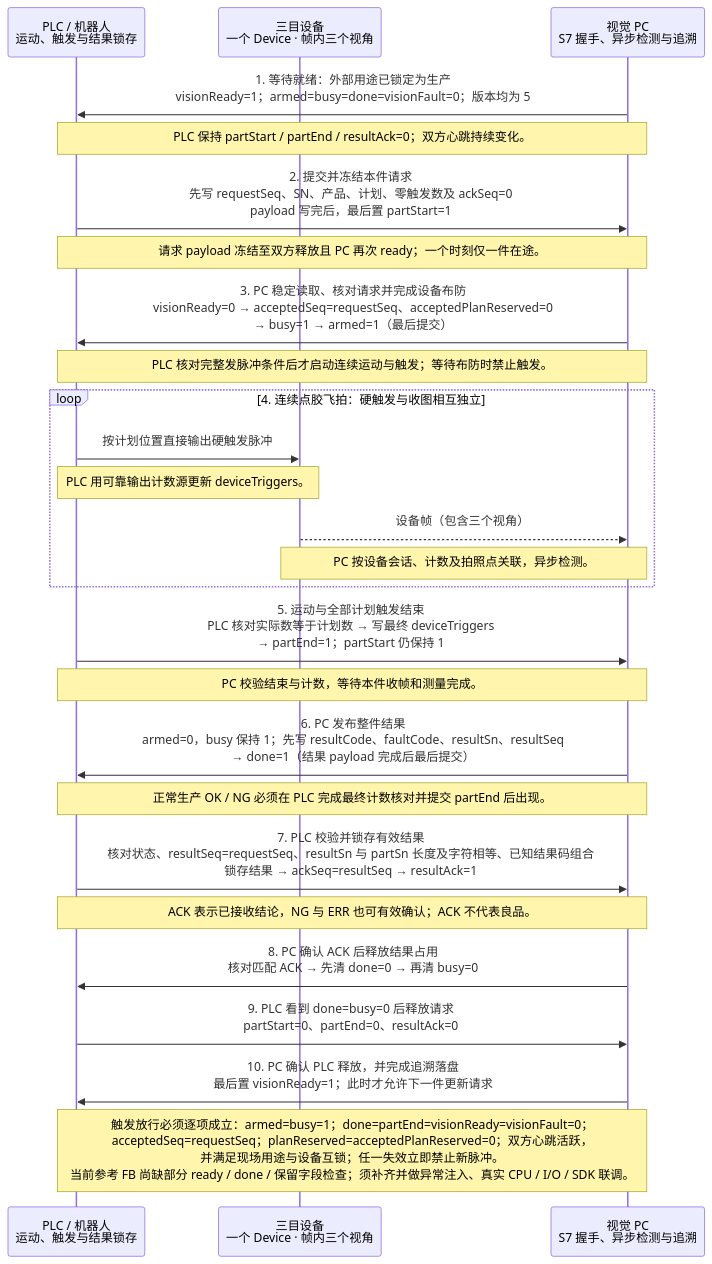
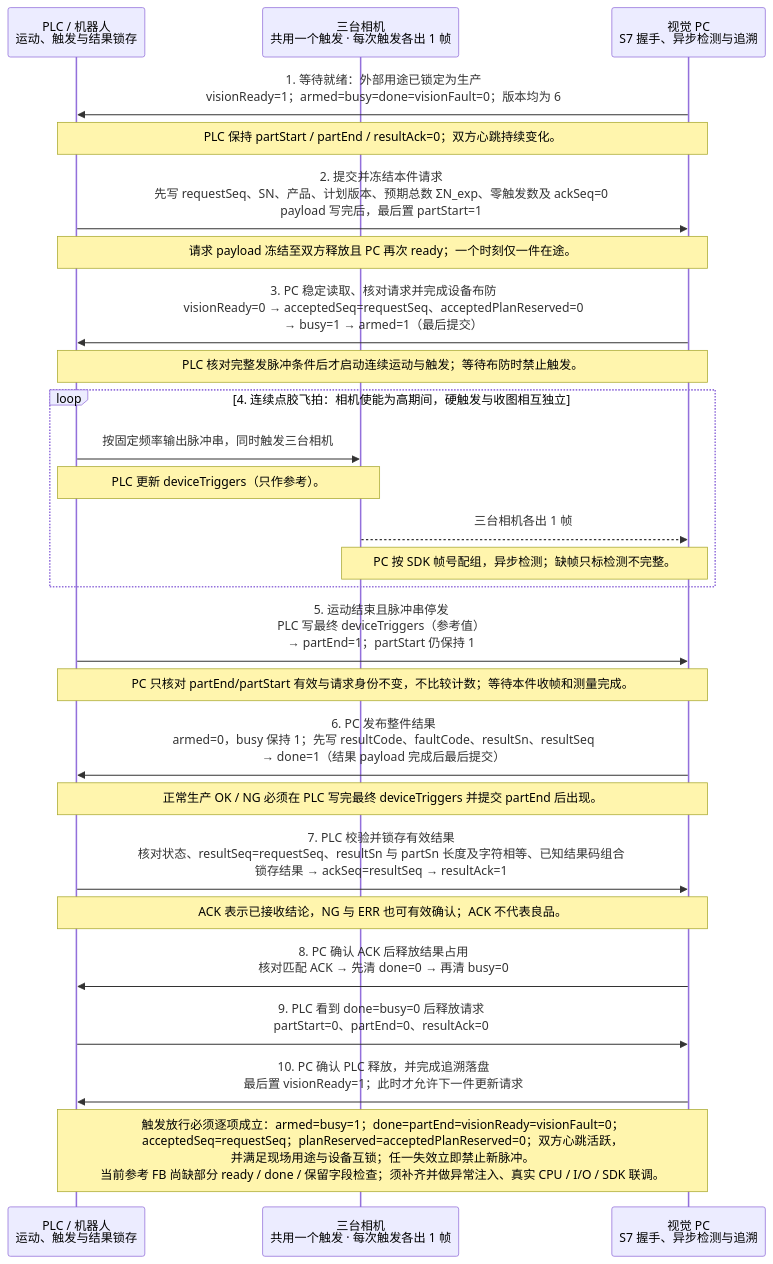
One commit to liangyuR/ly-gluesight changed the first of 3 diagrams in docs/integration/plc-communication-protocol.md. Above: the diagram before and after it, drawn with Mermaid. The commit also changed other lines of this file and 9 other files, not shown here.

````diff
--- a/docs/integration/plc-communication-protocol.md
+++ b/docs/integration/plc-communication-protocol.md
@@ -260,29 +283,29 @@
 ```mermaid
 sequenceDiagram
     participant PLC as PLC / 机器人<br/>运动、触发与结果锁存
-    participant DEV as 三目设备<br/>一个 Device · 帧内三个视角
+    participant DEV as 三台相机<br/>共用一个触发 · 每次触发各出 1 帧
     participant PC as 视觉 PC<br/>S7 握手、异步检测与追溯
 
-    PC->>PLC: 1. 等待就绪：外部用途已锁定为生产<br/>visionReady=1；armed=busy=done=visionFault=0；版本均为 5
+    PC->>PLC: 1. 等待就绪：外部用途已锁定为生产<br/>visionReady=1；armed=busy=done=visionFault=0；版本均为 6
     Note over PLC,PC: PLC 保持 partStart / partEnd / resultAck=0；双方心跳持续变化。
-    PLC->>PC: 2. 提交并冻结本件请求<br/>先写 requestSeq、SN、产品、计划、零触发数及 ackSeq=0<br/>payload 写完后，最后置 partStart=1
+    PLC->>PC: 2. 提交并冻结本件请求<br/>先写 requestSeq、SN、产品、计划版本、预期总数 ΣN_exp、零触发数及 ackSeq=0<br/>payload 写完后，最后置 partStart=1
     Note over PLC,PC: 请求 payload 冻结至双方释放且 PC 再次 ready；一个时刻仅一件在途。
     PC->>PLC: 3. PC 稳定读取、核对请求并完成设备布防<br/>visionReady=0 → acceptedSeq=requestSeq、acceptedPlanReserved=0<br/>→ busy=1 → armed=1（最后提交）
     Note over PLC,PC: PLC 核对完整发脉冲条件后才启动连续运动与触发；等待布防时禁止触发。
-    loop 4. 连续点胶飞拍：硬触发与收图相互独立
-        PLC->>DEV: 按计划位置直接输出硬触发脉冲
-        Note over PLC,DEV: PLC 用可靠输出计数源更新 deviceTriggers。
-        DEV-->>PC: 设备帧（包含三个视角）
-        Note over DEV,PC: PC 按设备会话、计数及拍照点关联，异步检测。
+    loop 4. 连续点胶飞拍：相机使能为高期间，硬触发与收图相互独立
+        PLC->>DEV: 按固定频率输出脉冲串，同时触发三台相机
+        Note over PLC,DEV: PLC 更新 deviceTriggers（只作参考）。
+        DEV-->>PC: 三台相机各出 1 帧
+        Note over DEV,PC: PC 按 SDK 帧号配组，异步检测；缺帧只标检测不完整。
     end
-    PLC->>PC: 5. 运动与全部计划触发结束<br/>PLC 核对实际数等于计划数 → 写最终 deviceTriggers<br/>→ partEnd=1；partStart 仍保持 1
-    Note over PLC,PC: PC 校验结束与计数，等待本件收帧和测量完成。
+    PLC->>PC: 5. 运动结束且脉冲串停发<br/>PLC 写最终 deviceTriggers（参考值）<br/>→ partEnd=1；partStart 仍保持 1
+    Note over PLC,PC: PC 只核对 partEnd/partStart 有效与请求身份不变，不比较计数；等待本件收帧和测量完成。
     PC->>PLC: 6. PC 发布整件结果<br/>armed=0，busy 保持 1；先写 resultCode、faultCode、resultSn、resultSeq<br/>→ done=1（结果 payload 完成后最后提交）
-    Note over PLC,PC: 正常生产 OK / NG 必须在 PLC 完成最终计数核对并提交 partEnd 后出现。
+    Note over PLC,PC: 正常生产 OK / NG 必须在 PLC 写完最终 deviceTriggers 并提交 partEnd 后出现。
     PLC->>PC: 7. PLC 校验并锁存有效结果<br/>核对状态、resultSeq=requestSeq、resultSn 与 partSn 长度及字符相等、已知结果码组合<br/>锁存结果 → ackSeq=resultSeq → resultAck=1
     Note over PLC,PC: ACK 表示已接收结论，NG 与 ERR 也可有效确认；ACK 不代表良品。
     PC->>PLC: 8. PC 确认 ACK 后释放结果占用<br/>核对匹配 ACK → 先清 done=0 → 再清 busy=0
     PLC->>PC: 9. PLC 看到 done=busy=0 后释放请求<br/>partStart=0、partEnd=0、resultAck=0
     PC->>PLC: 10. PC 确认 PLC 释放，并完成追溯落盘<br/>最后置 visionReady=1；此时才允许下一件更新请求
     Note over PLC,PC: 触发放行必须逐项成立：armed=busy=1；done=partEnd=visionReady=visionFault=0；<br/>acceptedSeq=requestSeq；planReserved=acceptedPlanReserved=0；双方心跳活跃，<br/>并满足现场用途与设备互锁；任一失效立即禁止新脉冲。<br/>当前参考 FB 尚缺部分 ready / done / 保留字段检查；须补齐并做异常注入、真实 CPU / I/O / SDK 联调。
 ```
````
